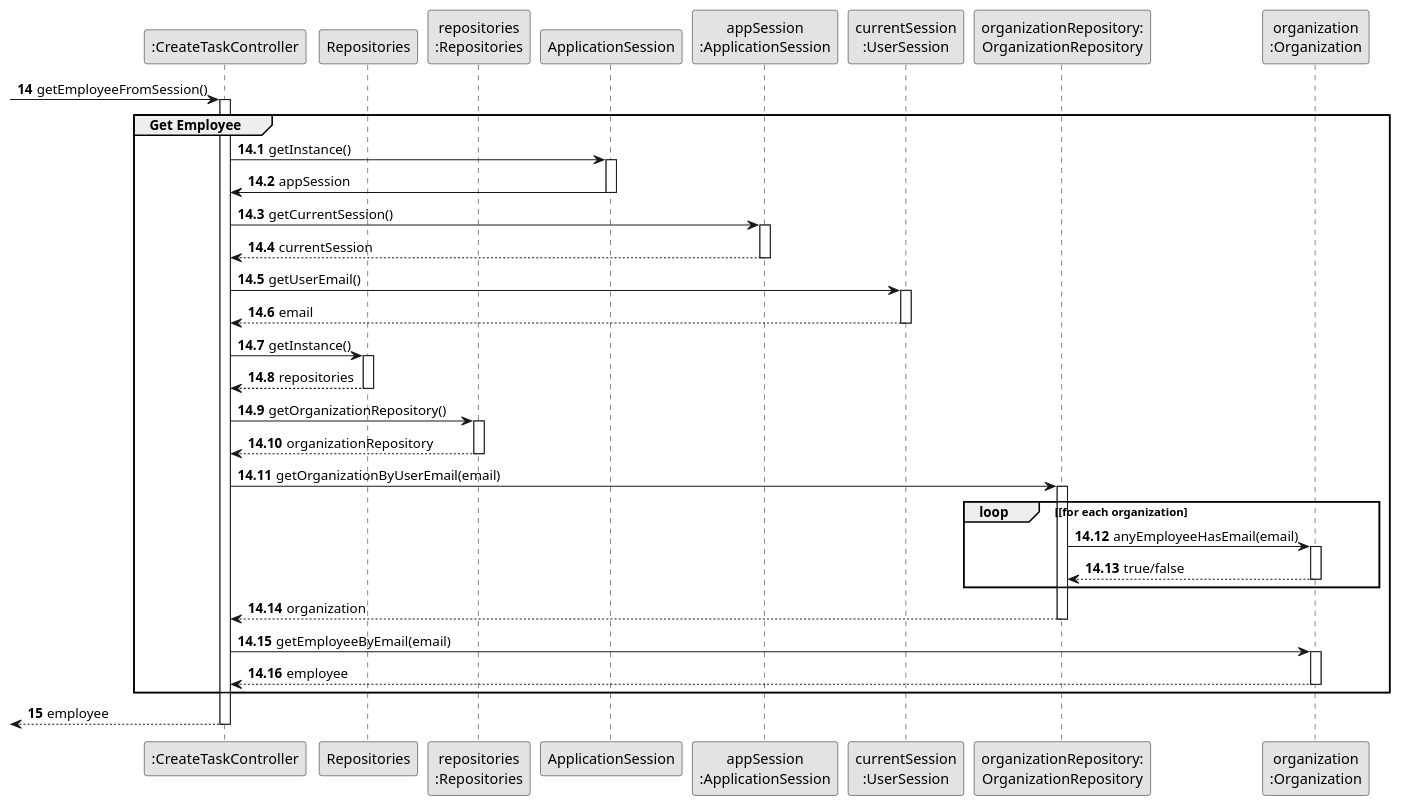
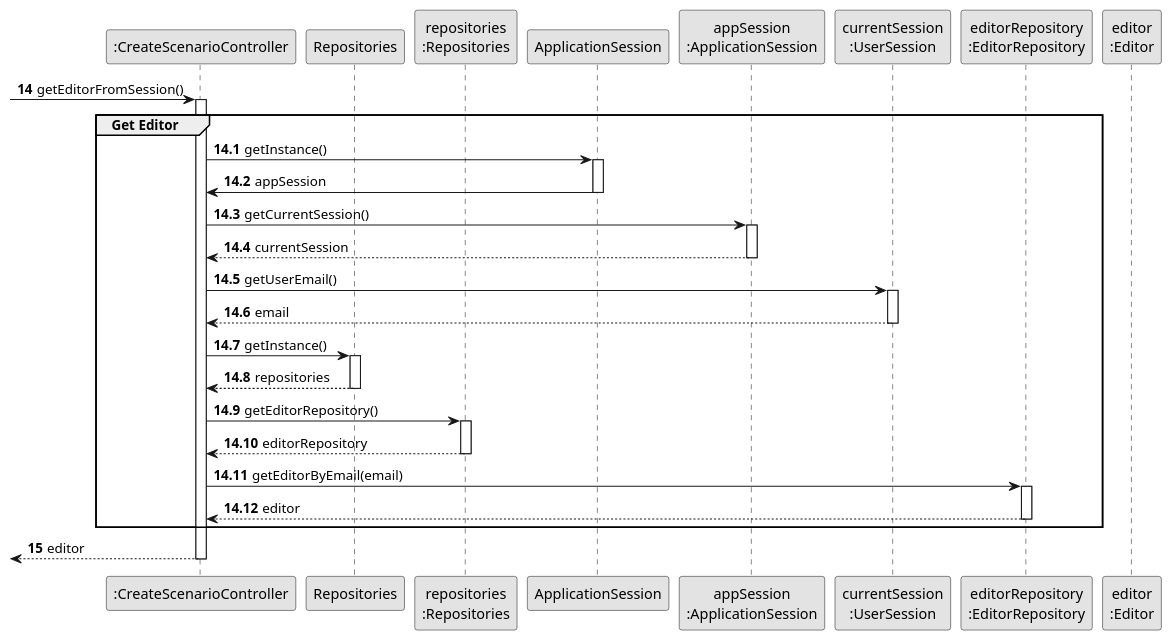
The diagram in docs/system-documentation/US004/03.design/puml/US004-SD-partial-get-employee.puml (bruno-monteiro5/sem2-pi-24.25-g132-repo), drawn with PlantUML before and after one commit. The commit also changed 3 other files, not shown here.

Commit message:
US04 SDpartial get employee design done

```diff
--- a/docs/system-documentation/US004/03.design/puml/US004-SD-partial-get-employee.puml
+++ b/docs/system-documentation/US004/03.design/puml/US004-SD-partial-get-employee.puml
@@ -1,70 +1,56 @@
 @startuml
 skinparam monochrome true
 skinparam packageStyle rectangle
 skinparam shadowing false
 
-'hide footbox
-participant ":CreateTaskController" as CTRL
+participant ":CreateScenarioController" as CTRL
 participant "Repositories" as REPOS
 participant "repositories\n:Repositories" as REPOS_SINGLETON
 participant "ApplicationSession" as APP_SESSION
 participant "appSession\n:ApplicationSession" as APP_SESSION_SINGLETON
 participant "currentSession\n:UserSession" as CURRENT_SESSION
-participant "organizationRepository:\nOrganizationRepository" as ORG_REPO
-participant "organization\n:Organization" as ORG
+participant "editorRepository\n:EditorRepository" as EDITOR_REPO
+participant "editor\n:Editor" as EDITOR
 
 autonumber 14
--> CTRL : getEmployeeFromSession()
+-> CTRL : getEditorFromSession()
 autonumber 14.1
 activate CTRL
 
-    group Get Employee
+    group Get Editor
         CTRL -> APP_SESSION: getInstance()
         activate APP_SESSION
             APP_SESSION -> CTRL: appSession
         deactivate APP_SESSION
 
         CTRL -> APP_SESSION_SINGLETON: getCurrentSession()
         activate APP_SESSION_SINGLETON
             APP_SESSION_SINGLETON --> CTRL: currentSession
         deactivate APP_SESSION_SINGLETON
 
         CTRL -> CURRENT_SESSION: getUserEmail()
         activate CURRENT_SESSION
             CURRENT_SESSION --> CTRL: email
         deactivate CURRENT_SESSION
 
         CTRL -> REPOS : getInstance()
         activate REPOS
             REPOS --> CTRL: repositories
         deactivate REPOS
 
-        CTRL -> REPOS_SINGLETON: getOrganizationRepository()
+        CTRL -> REPOS_SINGLETON: getEditorRepository()
         activate REPOS_SINGLETON
-            REPOS_SINGLETON --> CTRL: organizationRepository
+            REPOS_SINGLETON --> CTRL: editorRepository
         deactivate REPOS_SINGLETON
 
-        CTRL -> ORG_REPO: getOrganizationByUserEmail(email)
-        activate ORG_REPO
+        CTRL -> EDITOR_REPO: getEditorByEmail(email)
+        activate EDITOR_REPO
+            EDITOR_REPO --> CTRL : editor
+        deactivate EDITOR_REPO
+    end
 
-            loop [for each organization
-                ORG_REPO -> ORG : anyEmployeeHasEmail(email)
-                activate ORG
-                     ORG --> ORG_REPO : true/false
-                deactivate ORG
-            end
-
-            ORG_REPO --> CTRL : organization
-        deactivate ORG_REPO
-
-        CTRL -> ORG: getEmployeeByEmail(email)
-        activate ORG
-            ORG --> CTRL : employee
-        deactivate ORG
-    end
-    autonumber 15
-    <-- CTRL : employee
+autonumber 15
+<-- CTRL : editor
 
 deactivate CTRL
-
 @enduml
```
